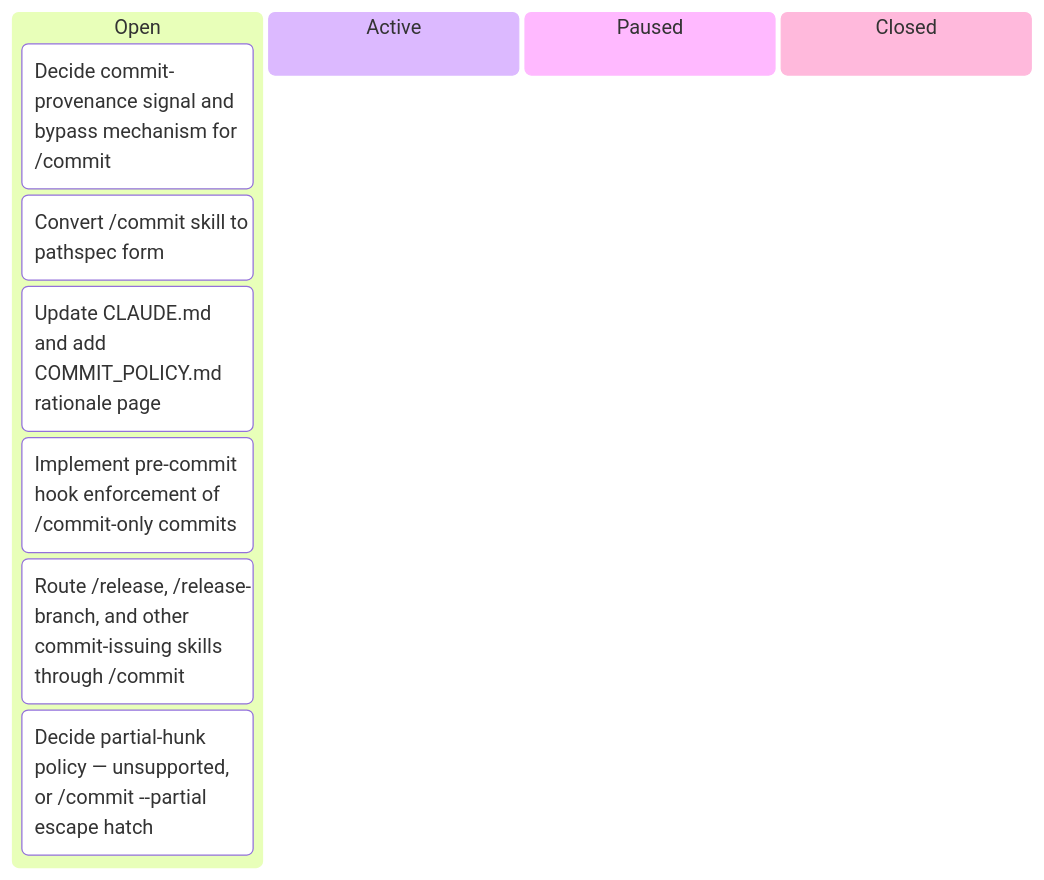
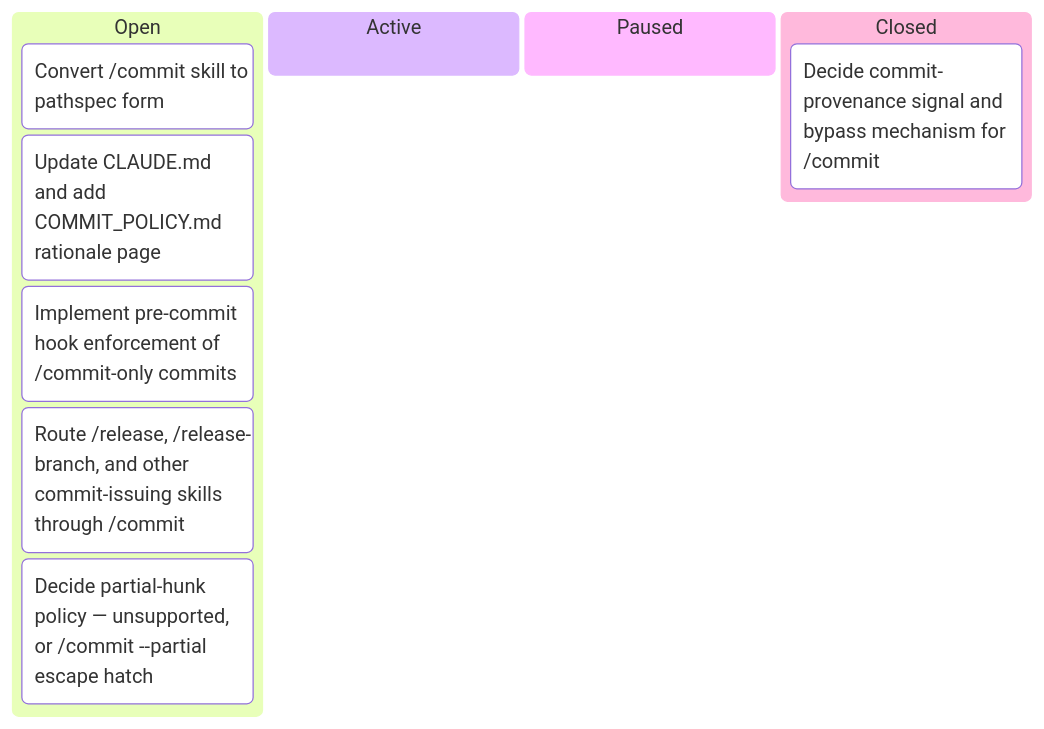
The first of 6 diagrams in docs/developers/tasks/KANBAN.md (tgd1975/AwesomeStudioPedal), drawn with Mermaid before and after one commit. The commit also changed other lines of this file and 5 other files, not shown here.

First line of the commit message:
close TASK-322: Decide commit-provenance signal and bypass mechanism for /commit

````diff
--- a/docs/developers/tasks/KANBAN.md
+++ b/docs/developers/tasks/KANBAN.md
@@ -11,13 +11,13 @@
 ```mermaid
 kanban
   Open
-    TASK_322["Decide commit-provenance signal and bypass mechanism for /commit"]
     TASK_323["Convert /commit skill to pathspec form"]
     TASK_324["Update CLAUDE.md and add COMMIT_POLICY.md rationale page"]
     TASK_325["Implement pre-commit hook enforcement of /commit-only commits"]
     TASK_326["Route /release, /release-branch, and other commit-issuing skills through /commit"]
     TASK_327["Decide partial-hunk policy — unsupported, or /commit --partial escape hatch"]
   Active
   Paused
   Closed
+    TASK_322["Decide commit-provenance signal and bypass mechanism for /commit"]
 ```
````
